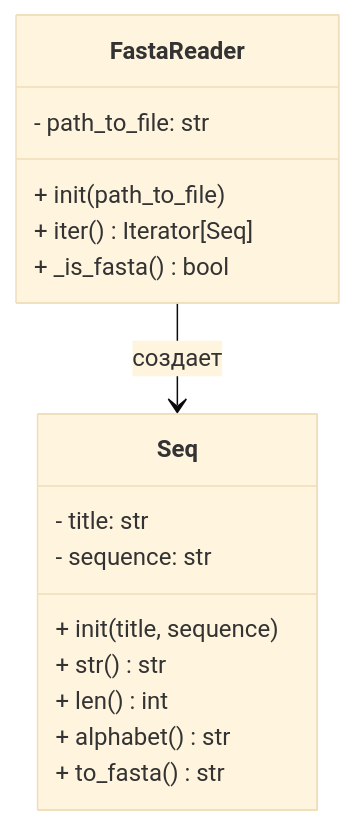
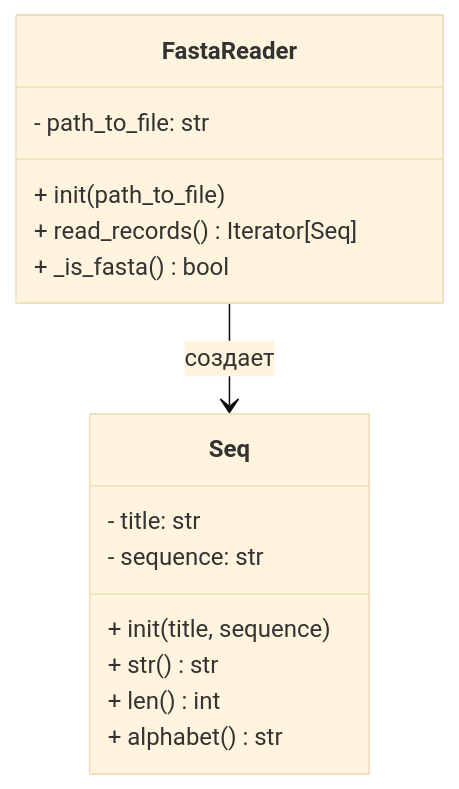
The diagram in README.md (Ficus-aurea/homefasta3), drawn with Mermaid (base theme) before and after one commit.

````diff
--- a/README.md
+++ b/README.md
@@ -63,21 +63,20 @@
 ```mermaid
 classDiagram
     class Seq {
         - title: str
         - sequence: str
         + init(title, sequence)
         + str() str
         + len() int
         + alphabet() str
-        + to_fasta() str
     }
     
     class FastaReader {
         - path_to_file: str
         + init(path_to_file)
-        + iter() Iterator[Seq]
+        + read_records() Iterator[Seq]
         + _is_fasta() bool
     }
     
     FastaReader --> Seq : создает
 ```
````
